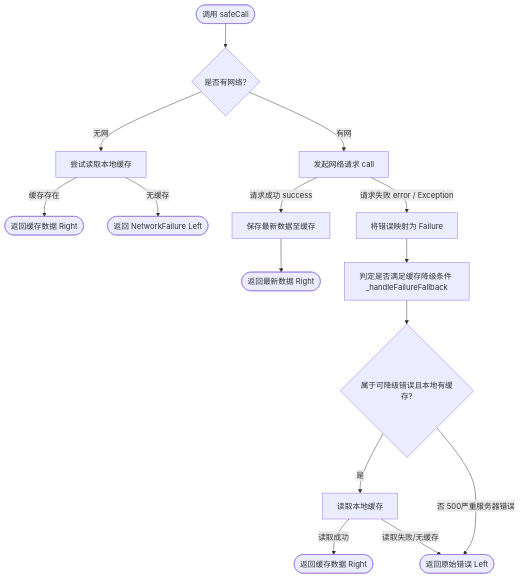
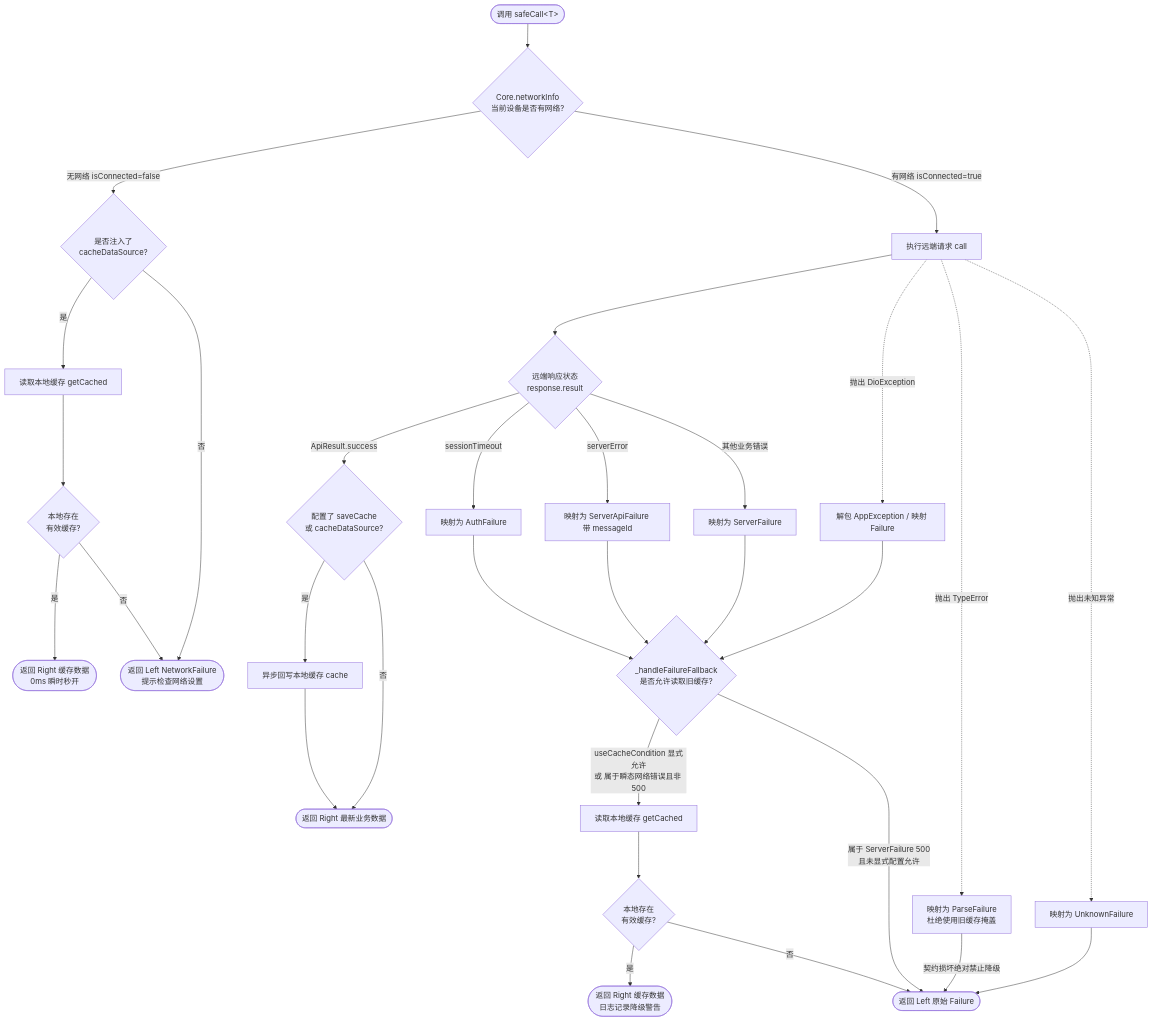
The second of 4 diagrams in docs/repository_caching_strategy.md (listen2code/ListenPortfolioFlutter), drawn with Mermaid before and after one commit. The commit also changed other lines of this file and 125 other files, not shown here.

First line of the commit message:
docs & chore: calibrate architecture documentation and add detailed English code comments

````diff
--- a/docs/repository_caching_strategy.md
+++ b/docs/repository_caching_strategy.md
@@ -11,19 +61,46 @@
 ```mermaid
 flowchart TD
-    Start([调用 safeCall]) --> ConnCheck{是否有网络?}
-    ConnCheck -->|无网| ReadCache1[尝试读取本地缓存]
-    ReadCache1 -->|缓存存在| ReturnCached1([返回缓存数据 Right])
-    ReadCache1 -->|无缓存| ReturnNetFail([返回 NetworkFailure Left])
+    Start([调用 safeCall&lt;T&gt;]) --> ConnCheck{Core.networkInfo<br/>当前设备是否有网络?}
     
-    ConnCheck -->|有网| RunCall[发起网络请求 call]
-    RunCall -->|请求成功 success| SaveCache[保存最新数据至缓存]
-    SaveCache --> ReturnSuccess([返回最新数据 Right])
+    %% 阶段 1: 无网络分支
+    ConnCheck -->|无网络 isConnected=false| HasCacheGetter{是否注入了<br/>cacheDataSource?}
+    HasCacheGetter -->|是| ReadLocal1[读取本地缓存 getCached]
+    ReadLocal1 --> CacheDataCheck1{本地存在<br/>有效缓存?}
+    CacheDataCheck1 -->|是| ReturnCached1([返回 Right 缓存数据<br/>0ms 瞬时秒开])
+    CacheDataCheck1 -->|否| ReturnNetFail([返回 Left NetworkFailure<br/>提示检查网络设置])
+    HasCacheGetter -->|否| ReturnNetFail
+
+    %% 阶段 2: 有网络发起请求
+    ConnCheck -->|有网络 isConnected=true| ExecCall[执行远端请求 call]
+    ExecCall --> RemoteResultCheck{远端响应状态<br/>response.result}
+
+    %% 阶段 3: 业务成功
+    RemoteResultCheck -->|ApiResult.success| SaveCacheHook{配置了 saveCache<br/>或 cacheDataSource?}
+    SaveCacheHook -->|是| AsyncSave[异步回写本地缓存 cache]
+    SaveCacheHook -->|否| ReturnSuccess([返回 Right 最新业务数据])
+    AsyncSave --> ReturnSuccess
+
+    %% 阶段 4: 业务错误与网络异常收敛
+    RemoteResultCheck -->|sessionTimeout| MapAuth[映射为 AuthFailure]
+    RemoteResultCheck -->|serverError| MapServerApi[映射为 ServerApiFailure 带 messageId]
+    RemoteResultCheck -->|其他业务错误| MapServer[映射为 ServerFailure]
+    ExecCall -.->|抛出 DioException| MapDio[解包 AppException / 映射 Failure]
+    ExecCall -.->|抛出 TypeError| MapType[映射为 ParseFailure<br/>杜绝使用旧缓存掩盖]
+    ExecCall -.->|抛出未知异常| MapUnknown[映射为 UnknownFailure]
+
+    MapAuth --> FallbackDecision
+    MapServerApi --> FallbackDecision
+    MapServer --> FallbackDecision
+    MapDio --> FallbackDecision
+    MapUnknown --> ReturnFail
+
+    %% 阶段 5: 分类降级决策
+    FallbackDecision{_handleFailureFallback<br/>是否允许读取旧缓存?}
+    FallbackDecision -->|useCacheCondition 显式允许<br/>或 属于瞬态网络错误且非 500| ReadLocal2[读取本地缓存 getCached]
+    ReadLocal2 --> CacheDataCheck2{本地存在<br/>有效缓存?}
+    CacheDataCheck2 -->|是| ReturnCached2([返回 Right 缓存数据<br/>日志记录降级警告])
+    CacheDataCheck2 -->|否| ReturnFail([返回 Left 原始 Failure])
     
-    RunCall -->|请求失败 error / Exception| MapFailure[将错误映射为 Failure]
-    MapFailure --> RunFallback[判定是否满足缓存降级条件 _handleFailureFallback]
-    RunFallback --> FailCheck{属于可降级错误且本地有缓存?}
-    FailCheck -->|是| ReadCache2[读取本地缓存]
-    ReadCache2 -->|读取成功| ReturnCached2([返回缓存数据 Right])
-    ReadCache2 -->|读取失败/无缓存| ReturnFailure([返回原始错误 Left])
-    FailCheck -->|否 500严重服务器错误| ReturnFailure
+    FallbackDecision -->|属于 ServerFailure 500<br/>且未显式配置允许| ReturnFail
+    MapType -->|契约损坏绝对禁止降级| ReturnFail
 ```
````
